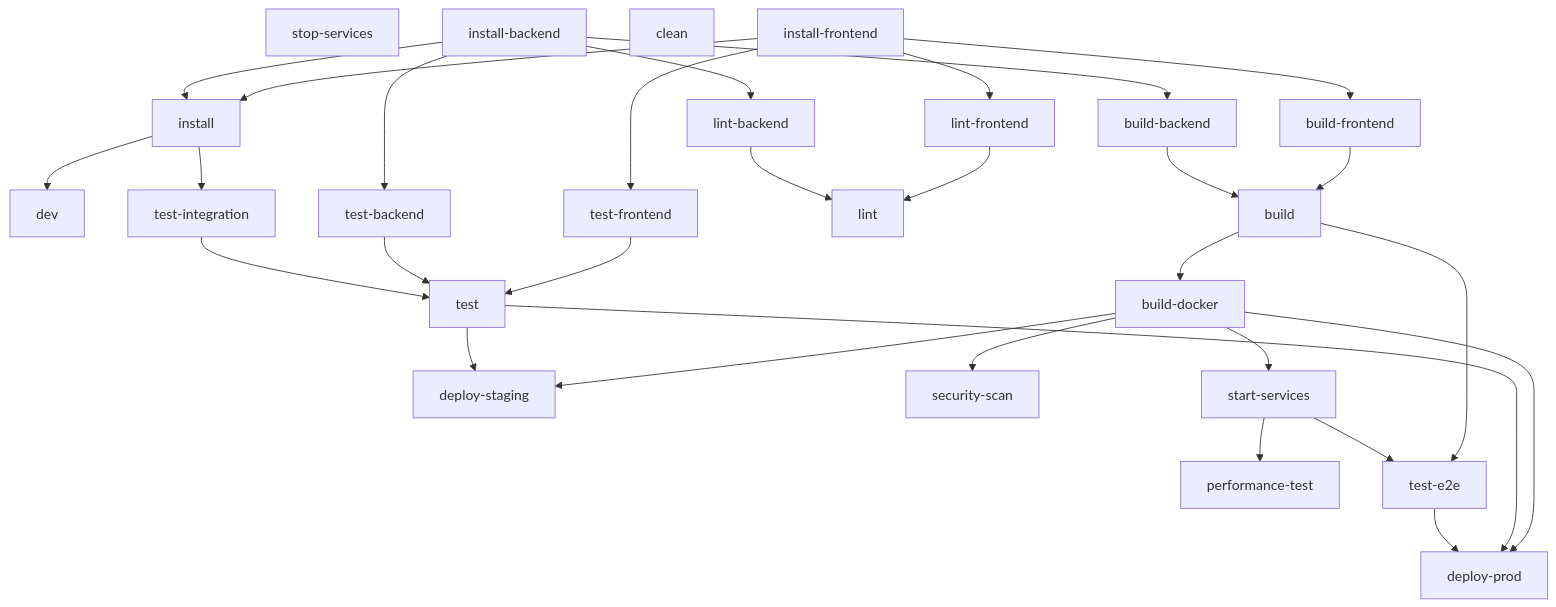
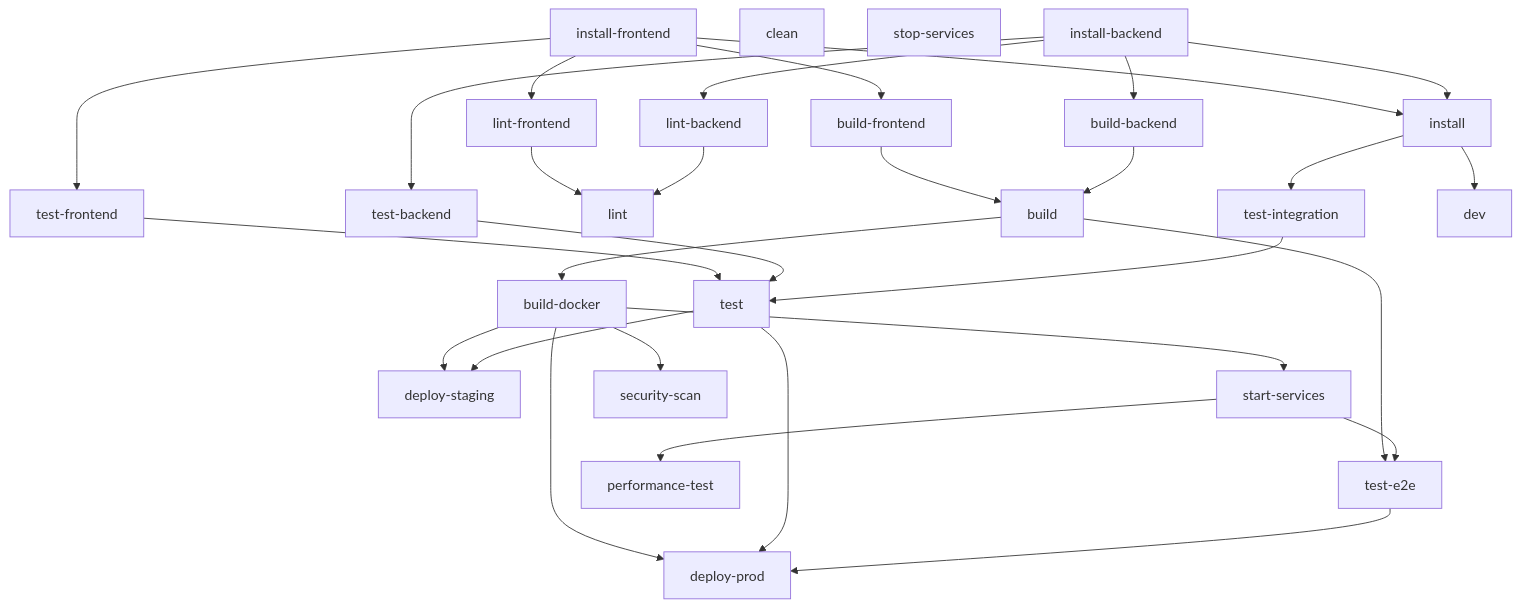
The diagram in examples/complex-webapp/.discovery/pipeline-analyzer/gotask/tasks/dependency-graph.md (nichecode/pipeline-analyzer), drawn with Mermaid before and after one commit. The commit also changed other lines of this file and 20 other files, not shown here.

````diff
--- a/examples/complex-webapp/.discovery/pipeline-analyzer/gotask/tasks/dependency-graph.md
+++ b/examples/complex-webapp/.discovery/pipeline-analyzer/gotask/tasks/dependency-graph.md
@@ -13,54 +13,54 @@
 ```mermaid
 graph TD
+    test-e2e["test-e2e"]
+    build-frontend["build-frontend"]
+    build-docker["build-docker"]
+    test-frontend["test-frontend"]
+    test-integration["test-integration"]
+    lint-backend["lint-backend"]
+    install["install"]
+    install-frontend["install-frontend"]
+    test["test"]
+    lint["lint"]
+    lint-frontend["lint-frontend"]
+    deploy-staging["deploy-staging"]
+    deploy-prod["deploy-prod"]
+    clean["clean"]
+    test-backend["test-backend"]
+    build["build"]
+    build-backend["build-backend"]
+    start-services["start-services"]
     stop-services["stop-services"]
-    deploy-staging["deploy-staging"]
+    security-scan["security-scan"]
     performance-test["performance-test"]
     dev["dev"]
-    install-frontend["install-frontend"]
-    test["test"]
-    test-frontend["test-frontend"]
-    build["build"]
-    deploy-prod["deploy-prod"]
-    clean["clean"]
-    install["install"]
-    test-integration["test-integration"]
-    test-e2e["test-e2e"]
-    lint["lint"]
-    lint-frontend["lint-frontend"]
-    build-frontend["build-frontend"]
-    security-scan["security-scan"]
-    lint-backend["lint-backend"]
-    build-docker["build-docker"]
-    start-services["start-services"]
     install-backend["install-backend"]
-    test-backend["test-backend"]
-    build-backend["build-backend"]
+    lint-frontend --> lint
+    lint-backend --> lint
+    install-frontend --> lint-frontend
+    install-backend --> test-backend
+    build-docker --> start-services
+    install-frontend --> install
+    install-backend --> install
+    build-docker --> deploy-staging
+    test --> deploy-staging
+    build-docker --> security-scan
+    install --> dev
     install-frontend --> build-frontend
-    build-docker --> security-scan
+    install --> test-integration
+    test-frontend --> test
+    test-backend --> test
+    test-integration --> test
+    install-backend --> build-backend
+    start-services --> performance-test
+    build --> build-docker
     install-backend --> lint-backend
-    install-frontend --> test-frontend
-    build-frontend --> build
-    build-backend --> build
     build-docker --> deploy-prod
     test --> deploy-prod
     test-e2e --> deploy-prod
-    install-frontend --> install
-    install-backend --> install
-    install-frontend --> lint-frontend
-    install-backend --> test-backend
-    build-docker --> deploy-staging
-    test --> deploy-staging
+    build-frontend --> build
+    build-backend --> build
     build --> test-e2e
     start-services --> test-e2e
-    build-docker --> start-services
-    install --> dev
-    install --> test-integration
-    lint-frontend --> lint
-    lint-backend --> lint
-    build --> build-docker
-    install-backend --> build-backend
-    start-services --> performance-test
-    test-frontend --> test
-    test-backend --> test
-    test-integration --> test
+    install-frontend --> test-frontend
 ```
````
